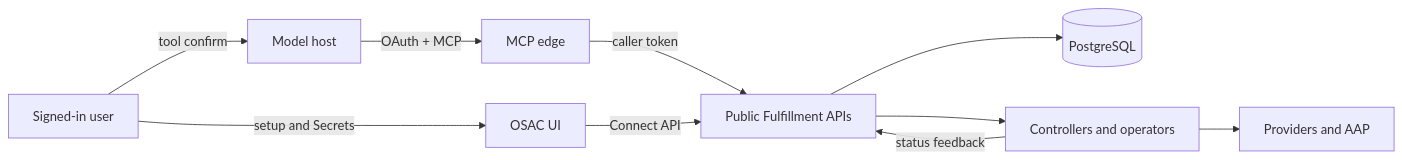
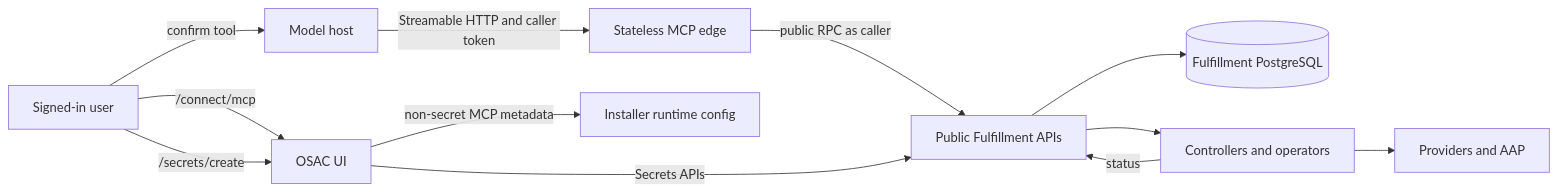
One commit to osac-project/enhancement-proposals changed the first of 2 diagrams in enhancements/OSAC-5731-mcp-server/design.md. Above: the diagram before and after it, drawn with Mermaid. The commit also changed other lines of this file, not shown here.

First line of the commit message:
OSAC-5734: Align architecture diagrams with the host-confirm MCP adapter

````diff
--- a/enhancements/OSAC-5731-mcp-server/design.md
+++ b/enhancements/OSAC-5731-mcp-server/design.md
@@ -97,12 +97,24 @@
 ```mermaid
 flowchart LR
-    Host[Model host] -->|OAuth + MCP| MCP[MCP edge]
-    User[Signed-in user] -->|tool confirm| Host
-    MCP -->|caller token| Resources[Public Fulfillment APIs]
-    Resources --> DB[(PostgreSQL)]
-    User -->|setup and Secrets| UI[OSAC UI]
-    UI -->|Connect API| Resources
-    Resources --> Reconcilers[Controllers and operators]
-    Reconcilers --> Providers[Providers and AAP]
-    Reconcilers -->|status feedback| Resources
+    User[Signed-in user]
+    Host[Model host]
+    MCP[Stateless MCP edge]
+    Ful[Public Fulfillment APIs]
+    UI[OSAC UI]
+    Cfg[Installer runtime config]
+    DB[(Fulfillment PostgreSQL)]
+    Rec[Controllers and operators]
+    Prov[Providers and AAP]
+
+    User -->|confirm tool| Host
+    Host -->|Streamable HTTP and caller token| MCP
+    MCP -->|public RPC as caller| Ful
+    User -->|/connect/mcp| UI
+    UI -->|non-secret MCP metadata| Cfg
+    User -->|/secrets/create| UI
+    UI -->|Secrets APIs| Ful
+    Ful --> DB
+    Ful --> Rec
+    Rec --> Prov
+    Rec -->|status| Ful
 ```
````
